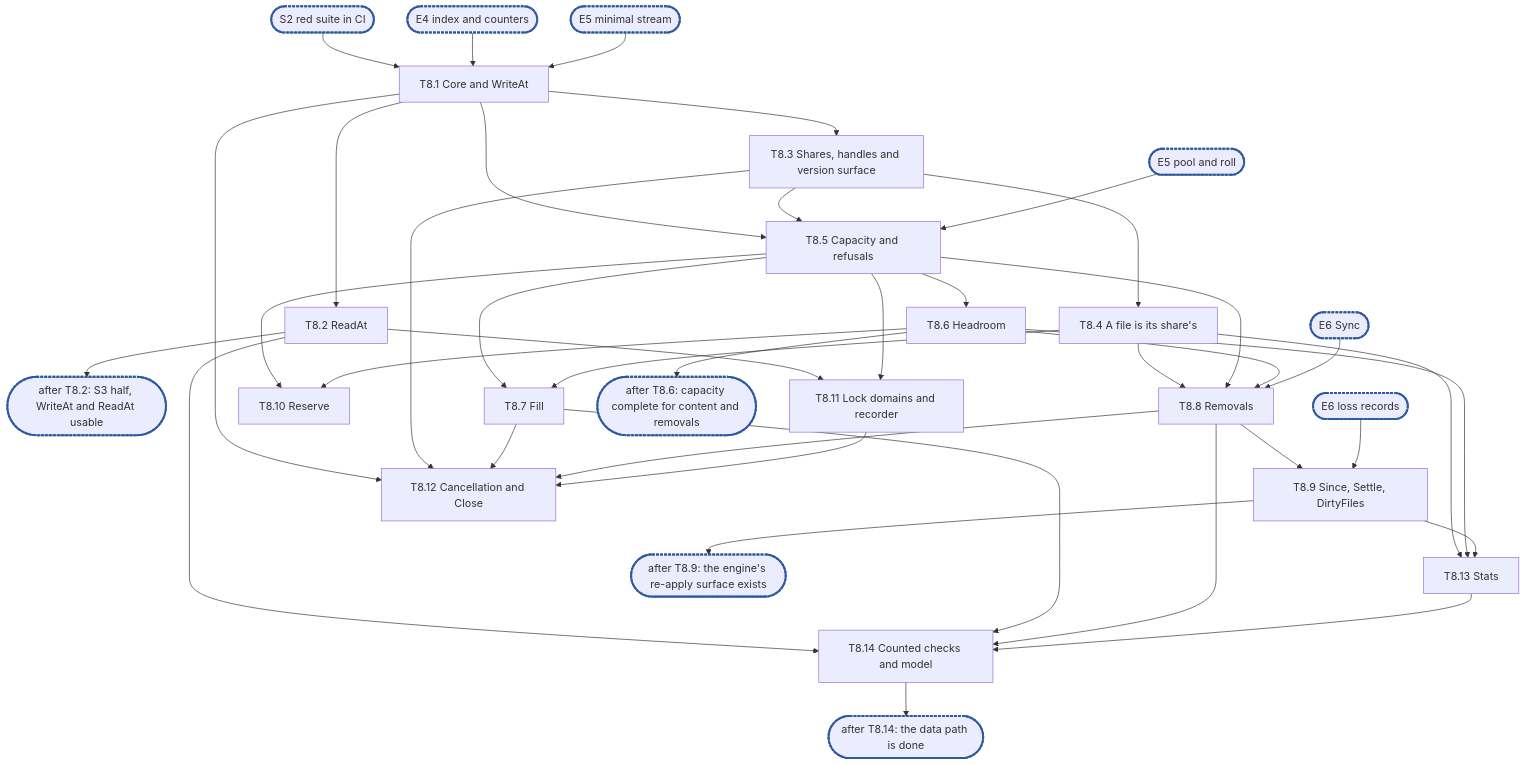
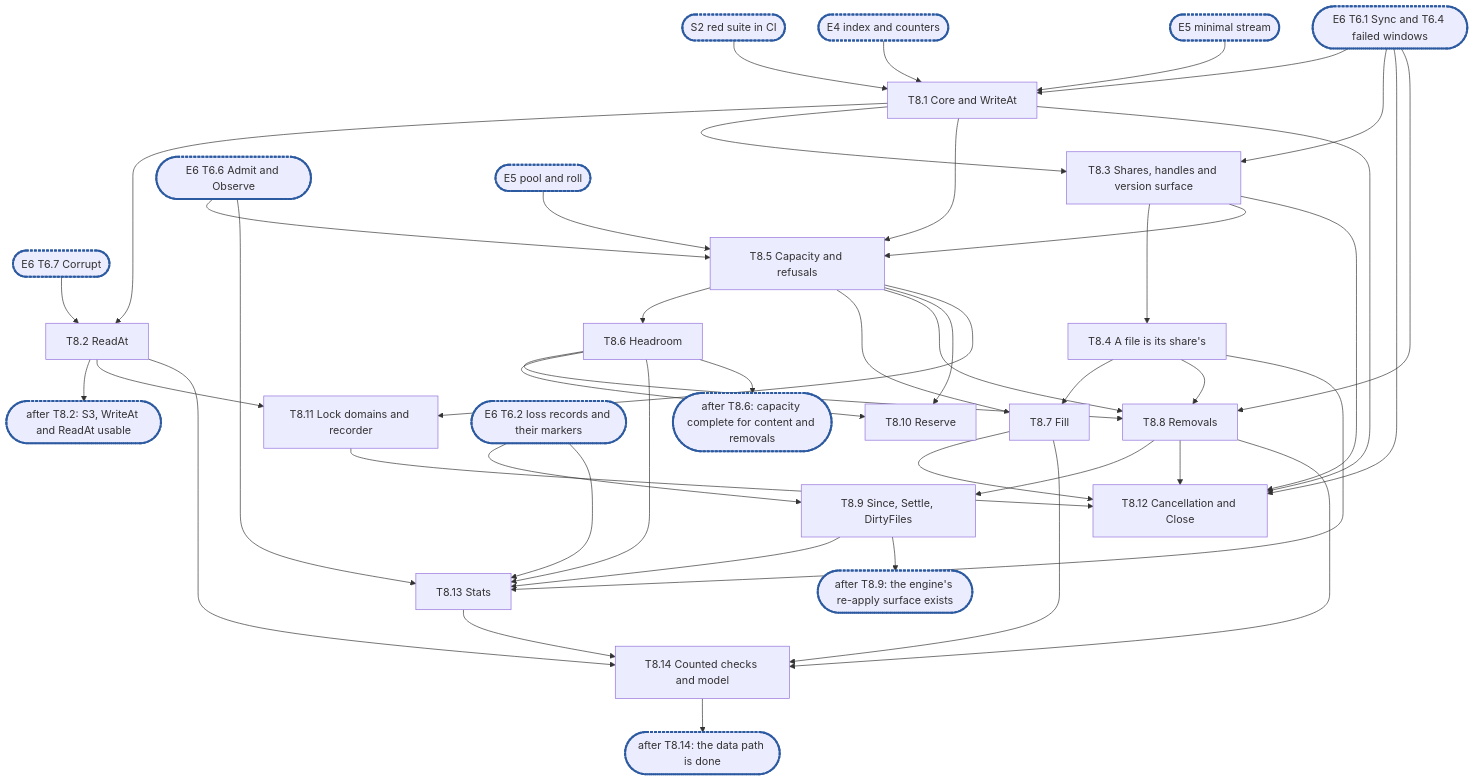
The diagram in docs/internals/planning/rfc-1-journal-epic8.md (marmos91/dittofs), drawn with Mermaid before and after one commit. The commit also changed other lines of this file and 3 other files, not shown here.

````diff
--- a/docs/internals/planning/rfc-1-journal-epic8.md
+++ b/docs/internals/planning/rfc-1-journal-epic8.md
@@ -1081,42 +1132,49 @@
 ```mermaid
 flowchart TD
   S2(["S2 red suite in CI"]):::sync --> T1["T8.1 Core and WriteAt"]
   E4(["E4 index and counters"]):::sync --> T1
   E5s(["E5 minimal stream"]):::sync --> T1
+  E6a(["E6 T6.1 Sync and T6.4 failed windows"]):::sync --> T1
+  E6c(["E6 T6.7 Corrupt"]):::sync --> T2
+  E6a --> T3
+  E6a --> T12
+  E6r(["E6 T6.6 Admit and Observe"]):::sync --> T5
+  E6r --> T13
   T1 --> T2["T8.2 ReadAt"]
   T1 --> T3["T8.3 Shares, handles and version surface"]
-  T2 --> C1(["after T8.2: S3 half, WriteAt and ReadAt usable"]):::sync
+  T2 --> C1(["after T8.2: S3, WriteAt and ReadAt usable"]):::sync
   T3 --> T4["T8.4 A file is its share's"]
   T1 --> T5["T8.5 Capacity and refusals"]
   T3 --> T5
   E5p(["E5 pool and roll"]):::sync --> T5
   T5 --> T6["T8.6 Headroom"]
   T5 --> T7["T8.7 Fill"]
   T4 --> T7
   T4 --> T8["T8.8 Removals"]
   T5 --> T8
   T6 --> T8
-  E6s(["E6 Sync"]):::sync --> T8
+  E6a --> T8
   T5 --> T10["T8.10 Reserve"]
   T6 --> T10
   T8 --> T9["T8.9 Since, Settle, DirtyFiles"]
-  E6l(["E6 loss records"]):::sync --> T9
+  E6l(["E6 T6.2 loss records and their markers"]):::sync --> T9
+  E6l --> T13
   T2 --> T11["T8.11 Lock domains and recorder"]
   T5 --> T11
   T1 --> T12["T8.12 Cancellation and Close"]
   T3 --> T12
   T7 --> T12
   T8 --> T12
   T11 --> T12
   T4 --> T13["T8.13 Stats"]
   T6 --> T13
   T9 --> T13
   T2 --> T14["T8.14 Counted checks and model"]
   T7 --> T14
   T8 --> T14
   T13 --> T14
   T6 --> C2(["after T8.6: capacity complete for content and removals"]):::sync
   T9 --> C3(["after T8.9: the engine's re-apply surface exists"]):::sync
   T14 --> C4(["after T8.14: the data path is done"]):::sync
   classDef sync stroke:#2c5aa0,stroke-width:3px,stroke-dasharray:4 2
 ```
````
